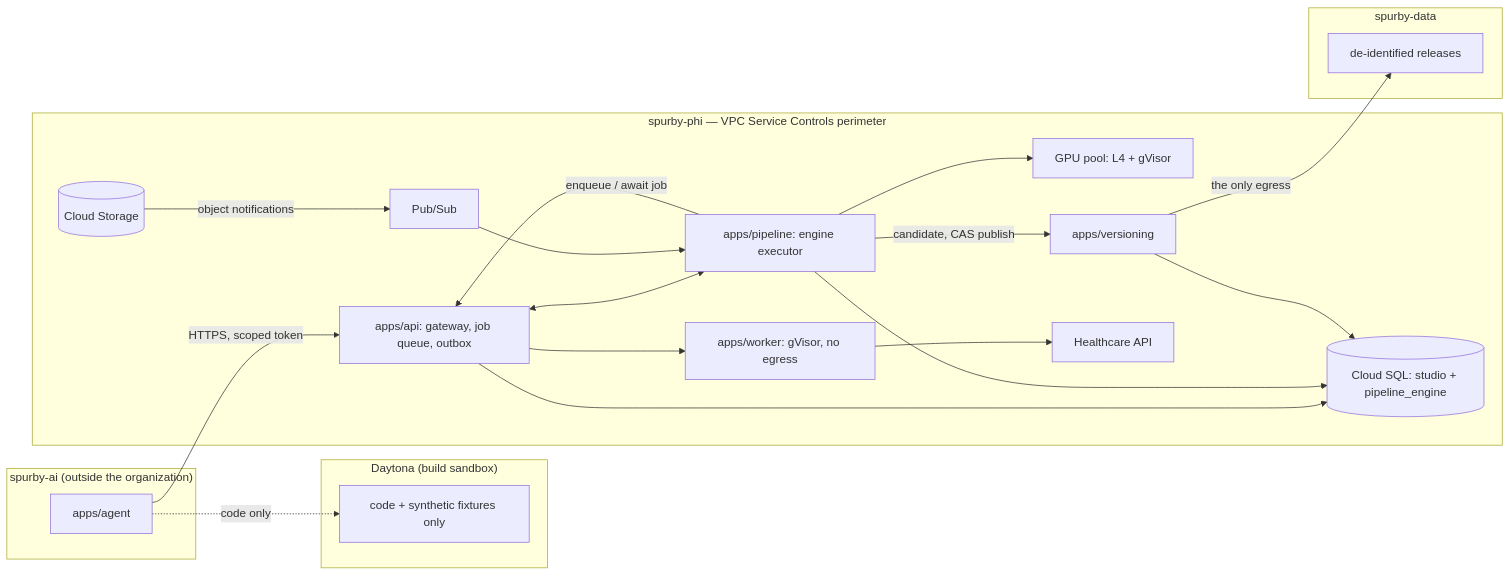
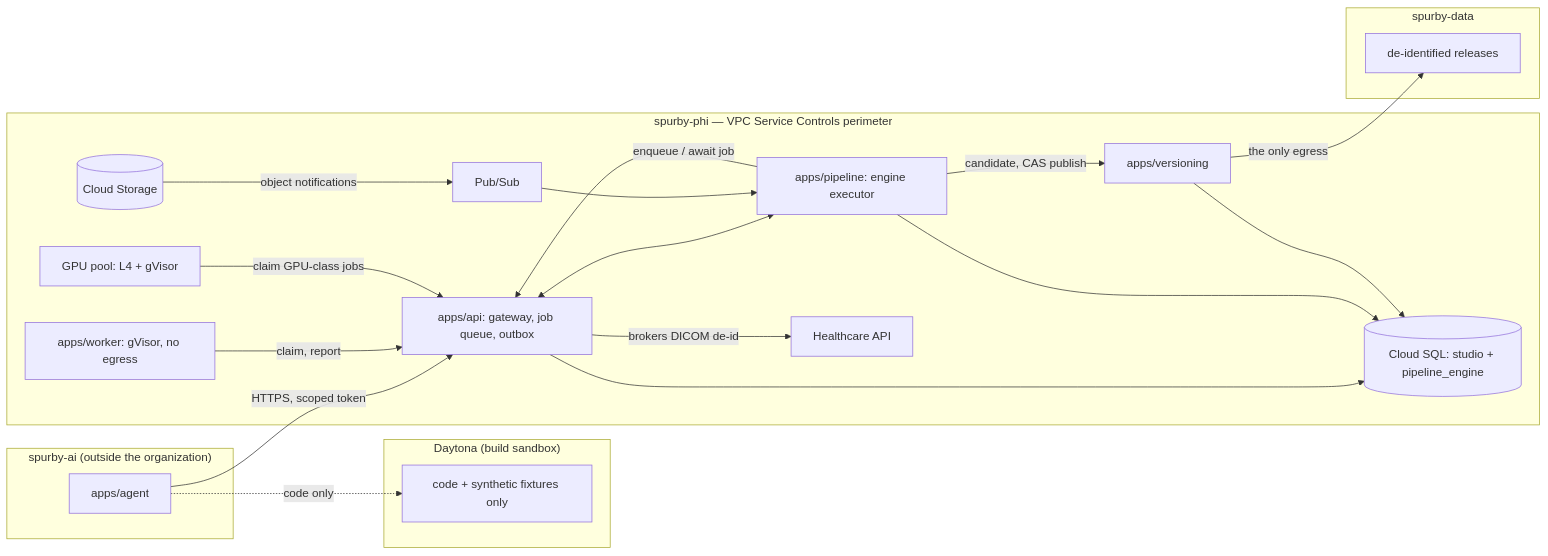
The diagram in docs/pipeline.md (amelia751/inkling), drawn with Mermaid before and after one commit. The commit also changed other lines of this file, not shown here.

````diff
--- a/docs/pipeline.md
+++ b/docs/pipeline.md
@@ -151,36 +151,36 @@
 ```mermaid
 flowchart LR
   subgraph AI["spurby-ai (outside the organization)"]
     agent["apps/agent"]
   end
   subgraph DAY["Daytona (build sandbox)"]
     sbx["code + synthetic fixtures only"]
   end
   subgraph PHI["spurby-phi — VPC Service Controls perimeter"]
     api["apps/api: gateway, job queue, outbox"]
     pipe["apps/pipeline: engine executor"]
     worker["apps/worker: gVisor, no egress"]
     gpu["GPU pool: L4 + gVisor"]
     ver["apps/versioning"]
     sql[("Cloud SQL: studio + pipeline_engine")]
     gcs[("Cloud Storage")]
     ps["Pub/Sub"]
     hc["Healthcare API"]
   end
   subgraph DATA["spurby-data"]
     rel["de-identified releases"]
   end
   agent -- "HTTPS, scoped token" --> api
   agent -. "code only" .-> sbx
   api <--> pipe
   pipe -- "enqueue / await job" --> api
-  api --> worker
-  pipe --> gpu
+  worker -- "claim, report" --> api
+  gpu -- "claim GPU-class jobs" --> api
   pipe -- "candidate, CAS publish" --> ver
   api --> sql
   pipe --> sql
   ver --> sql
   gcs -- "object notifications" --> ps --> pipe
-  worker --> hc
+  api -- "brokers DICOM de-id" --> hc
   ver -- "the only egress" --> rel
 ```
````
